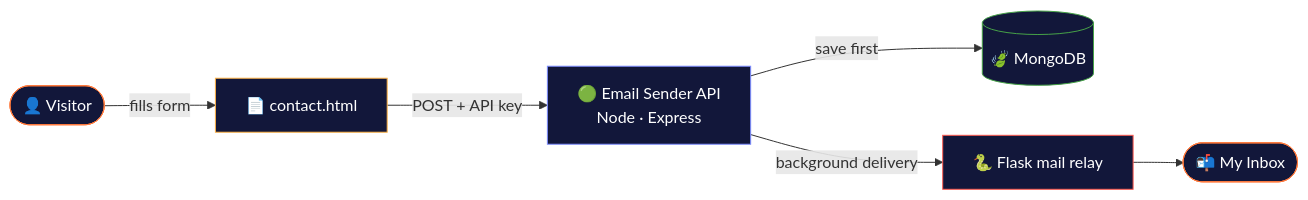
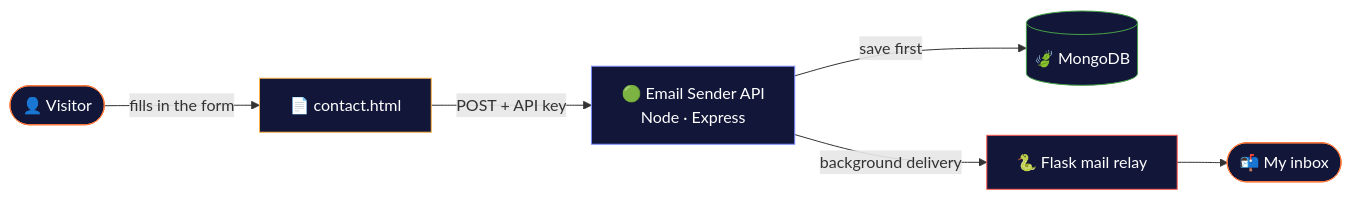
Before and after one commit to duttaanubhab777-code/My-Portfolio: the second of 2 diagrams in README.md, drawn with Mermaid. The commit also changed other lines of this file and 3 other files, not shown here.

````diff
--- a/README.md
+++ b/README.md
@@ -237,14 +279,14 @@
 ```mermaid
 flowchart LR
-    A([👤 Visitor]) -->|fills form| B[📄 contact.html]
+    A([👤 Visitor]) -->|fills in the form| B[📄 contact.html]
     B -->|POST + API key| C[🟢 Email Sender API<br/>Node · Express]
     C -->|save first| D[(🍃 MongoDB)]
     C -->|background delivery| E[🐍 Flask mail relay]
-    E --> F([📬 My Inbox])
+    E --> F([📬 My inbox])
     style A fill:#12173a,stroke:#ff7a3d,color:#fff
     style B fill:#12173a,stroke:#ffb347,color:#fff
     style C fill:#12173a,stroke:#7c8cff,color:#fff
     style D fill:#12173a,stroke:#47A248,color:#fff
     style E fill:#12173a,stroke:#ff5a4f,color:#fff
     style F fill:#12173a,stroke:#ff7a3d,color:#fff
 ```
````
